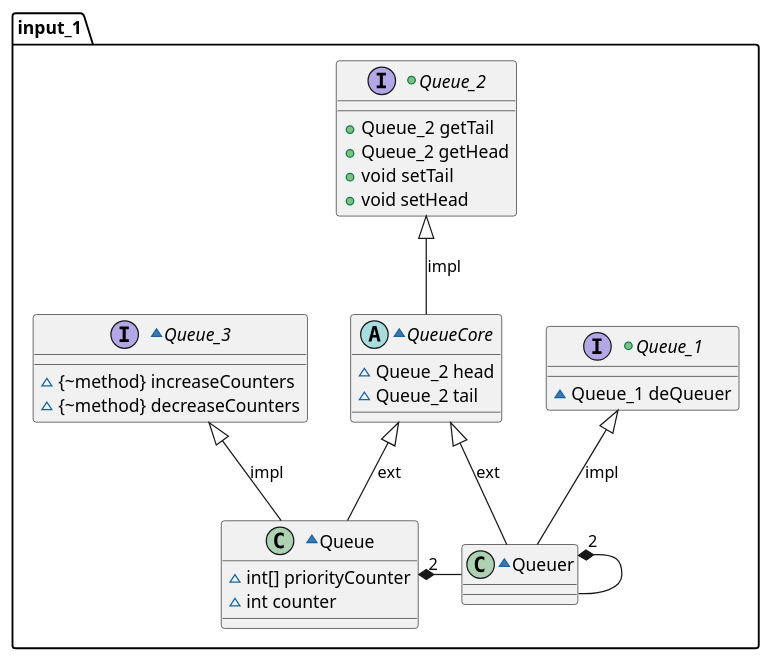
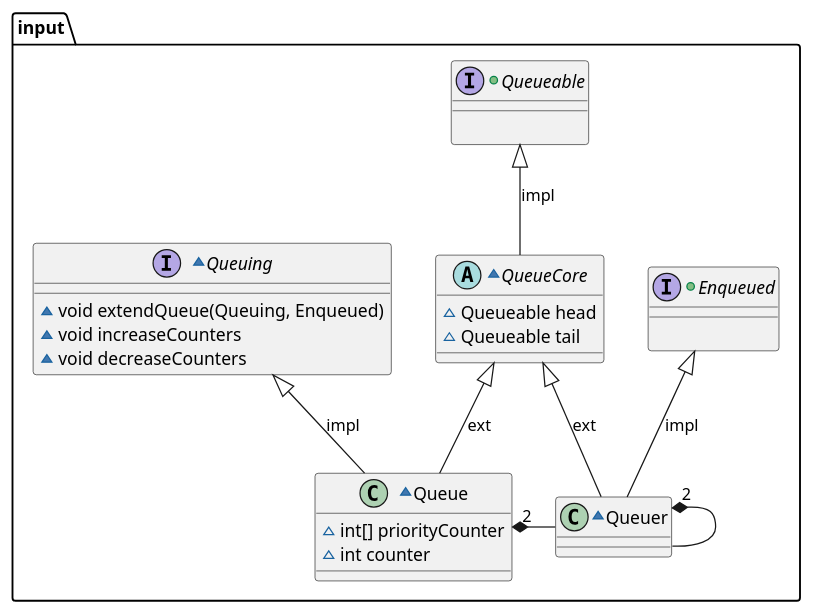
The diagram in src/main/resources/input.puml (vitalispopoff/calculator), drawn with PlantUML before and after one commit. The commit also changed 14 other files, not shown here.

```diff
--- a/src/main/resources/input.puml
+++ b/src/main/resources/input.puml
@@ -1,46 +1,44 @@
 @startuml
-package input_1 {
+package input {
 
-    +interface Queue_1{
+    +interface Enqueued{
         __
-            ~{method} Queue_1 deQueuer
+
     }
 
     ~class Queuer{
     }
 
-    +interface Queue_2{
+    +interface Queueable{
         __
-            +{method} Queue_2 getTail
-            +{method} Queue_2 getHead
-            +{method} void setTail
-            +{method} void setHead
+
     }
 
     ~abstract class QueueCore{
-            ~{field} Queue_2 head
-            ~{field} Queue_2 tail
+            ~{field} Queueable head
+            ~{field} Queueable tail
     }
 
-    ~interface Queue_3{
+    ~interface Queuing{
         __
-            ~{~method} increaseCounters
-            ~{~method} decreaseCounters
+            ~{method} void extendQueue(Queuing, Enqueued)
+            ~{method} void increaseCounters
+            ~{method} void decreaseCounters
     }
 
     ~class Queue{
             ~{field} int[] priorityCounter
             ~{field} int counter
     }
 
-    Queue_1 <|-- Queuer : impl
-    Queue_2 <|-- QueueCore :impl
-    Queue_3 <|-- Queue :impl
+    Enqueued <|-- Queuer : impl
+    Queueable <|-- QueueCore :impl
+    Queuing <|-- Queue :impl
 
     QueueCore <|-- Queuer : ext
     QueueCore <|-- Queue : ext
     Queue "2" *- Queuer
     Queuer "2" *- Queuer
 
 }
 @enduml
```
